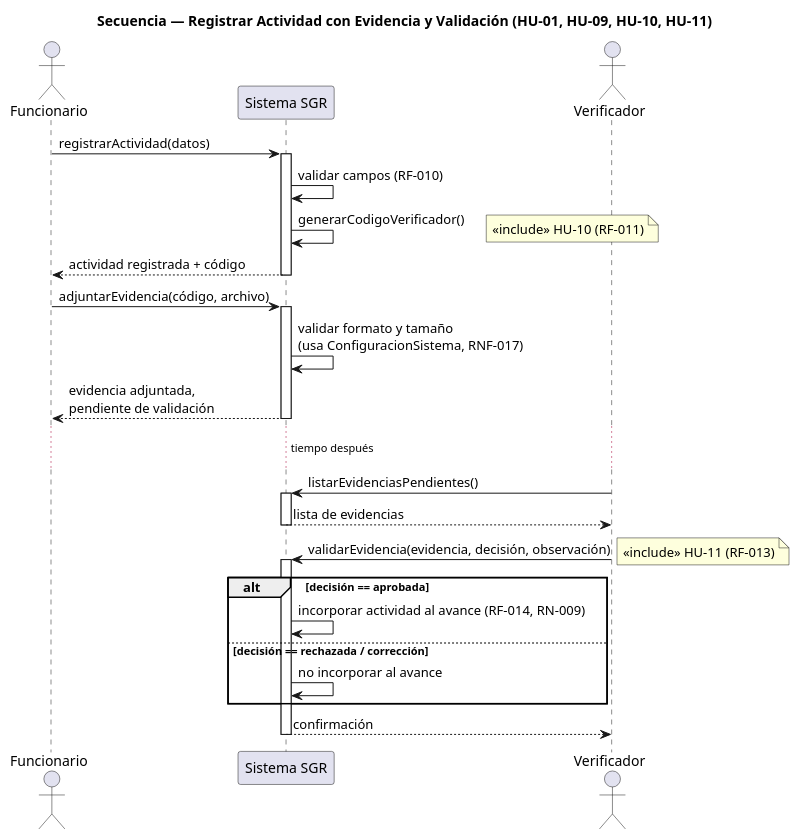
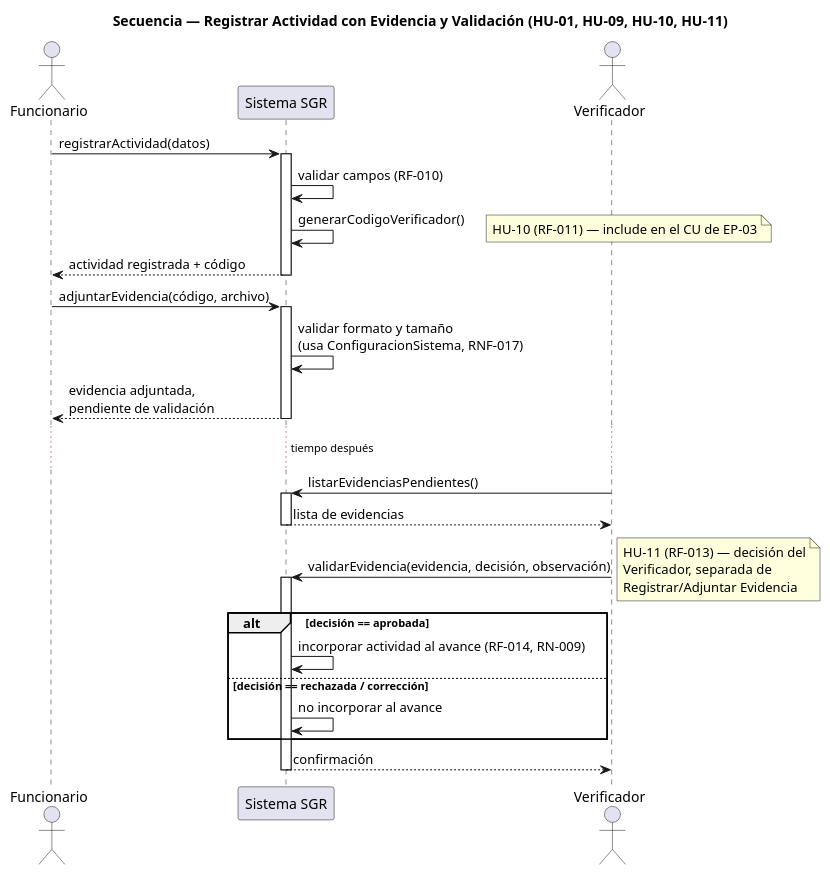
The diagram in assets/actividad-3/sec-registrar-actividad-evidencia.puml (Ren-reno/ev1), drawn with PlantUML before and after one commit. The commit also changed 9 other files, not shown here.

First line of the commit message:
fix: corregir include/extend en EP-03 (Validar Evidencia)

```diff
--- a/assets/actividad-3/sec-registrar-actividad-evidencia.puml
+++ b/assets/actividad-3/sec-registrar-actividad-evidencia.puml
@@ -1,40 +1,40 @@
 @startuml sec-registrar-actividad-evidencia
 title Secuencia — Registrar Actividad con Evidencia y Validación (HU-01, HU-09, HU-10, HU-11)
 
 actor Funcionario
 participant "Sistema SGR" as SGR
 actor Verificador
 
 Funcionario -> SGR: registrarActividad(datos)
 activate SGR
 SGR -> SGR: validar campos (RF-010)
 SGR -> SGR: generarCodigoVerificador()
-note right: <<include>> HU-10 (RF-011)
+note right: HU-10 (RF-011) — include en el CU de EP-03
 SGR --> Funcionario: actividad registrada + código
 deactivate SGR
 
 Funcionario -> SGR: adjuntarEvidencia(código, archivo)
 activate SGR
 SGR -> SGR: validar formato y tamaño\n(usa ConfiguracionSistema, RNF-017)
 SGR --> Funcionario: evidencia adjuntada,\npendiente de validación
 deactivate SGR
 
 ...tiempo después...
 
 Verificador -> SGR: listarEvidenciasPendientes()
 activate SGR
 SGR --> Verificador: lista de evidencias
 deactivate SGR
 
 Verificador -> SGR: validarEvidencia(evidencia, decisión, observación)
 activate SGR
-note right: <<include>> HU-11 (RF-013)
+note right: HU-11 (RF-013) — decisión del\nVerificador, separada de\nRegistrar/Adjuntar Evidencia
 alt decisión == aprobada
   SGR -> SGR: incorporar actividad al avance (RF-014, RN-009)
 else decisión == rechazada / corrección
   SGR -> SGR: no incorporar al avance
 end
 SGR --> Verificador: confirmación
 deactivate SGR
 
 @enduml
```
